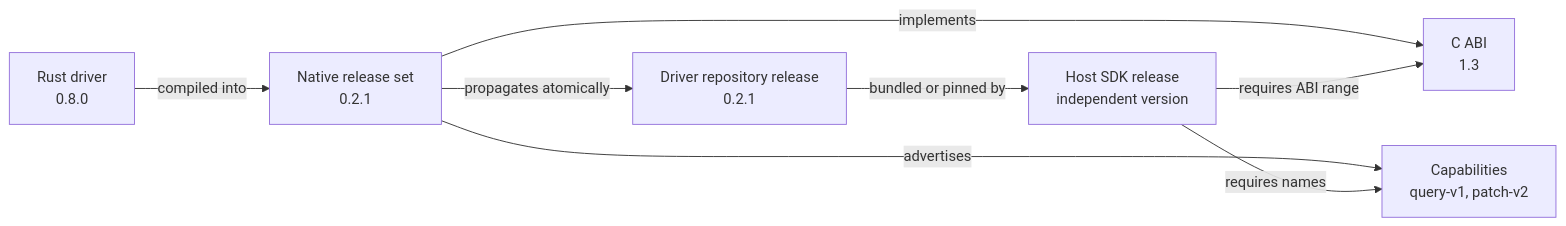
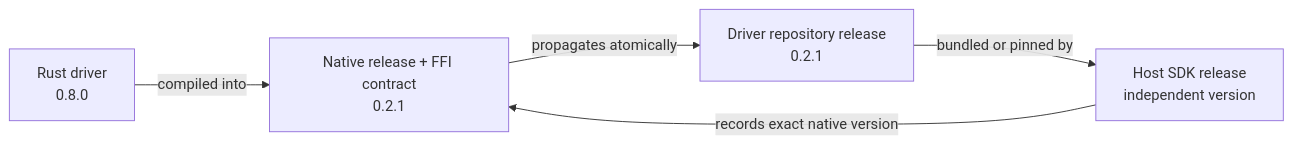
The first of 3 diagrams in sdk/cosmos/azure_data_cosmos_driver_native/docs/NATIVE_VERSIONING_AND_RELEASES.md (Azure/azure-sdk-for-rust), drawn with Mermaid before and after one commit. The commit also changed other lines of this file and 2 other files, not shown here.

First line of the commit message:
Simplify native version contract

````diff
--- a/sdk/cosmos/azure_data_cosmos_driver_native/docs/NATIVE_VERSIONING_AND_RELEASES.md
+++ b/sdk/cosmos/azure_data_cosmos_driver_native/docs/NATIVE_VERSIONING_AND_RELEASES.md
@@ -130,17 +123,12 @@
 ```mermaid
 flowchart LR
     R["Rust driver<br/>0.8.0"]
-    N["Native release set<br/>0.2.1"]
-    A["C ABI<br/>1.3"]
-    C["Capabilities<br/>query-v1, patch-v2"]
+    N["Native release + FFI contract<br/>0.2.1"]
     D["Driver repository release<br/>0.2.1"]
     H["Host SDK release<br/>independent version"]
 
     R -->|compiled into| N
-    N -->|implements| A
-    N -->|advertises| C
     N -->|propagates atomically| D
     D -->|bundled or pinned by| H
-    H -->|requires ABI range| A
-    H -->|requires names| C
+    H -->|records exact native version| N
 ```
````
